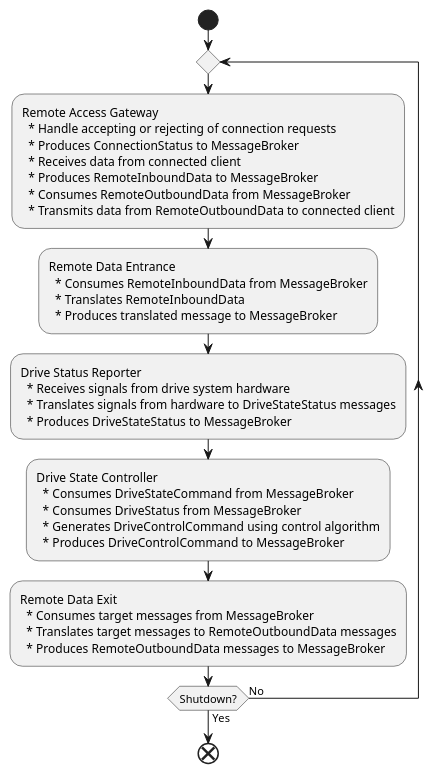
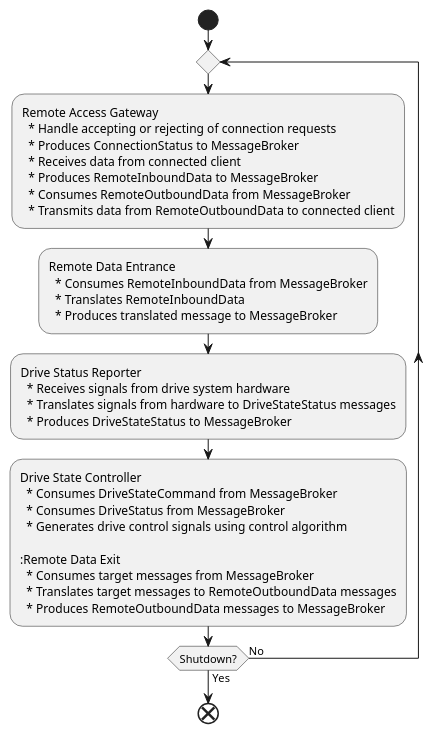
Before and after one commit to The-Arkitekt/the-robot: the diagram in design/service-flow.puml, drawn with PlantUML. The commit also changed 29 other files, not shown here.

```diff
--- a/design/service-flow.puml
+++ b/design/service-flow.puml
@@ -1,39 +1,38 @@
 @startuml
 
 start
 
 repeat
 :Remote Access Gateway
   * Handle accepting or rejecting of connection requests
   * Produces ConnectionStatus to MessageBroker
   * Receives data from connected client
   * Produces RemoteInboundData to MessageBroker
   * Consumes RemoteOutboundData from MessageBroker
   * Transmits data from RemoteOutboundData to connected client; 
 
 :Remote Data Entrance
   * Consumes RemoteInboundData from MessageBroker
   * Translates RemoteInboundData
   * Produces translated message to MessageBroker;
 
 :Drive Status Reporter
   * Receives signals from drive system hardware
   * Translates signals from hardware to DriveStateStatus messages
   * Produces DriveStateStatus to MessageBroker;
 
 :Drive State Controller
   * Consumes DriveStateCommand from MessageBroker
   * Consumes DriveStatus from MessageBroker
-  * Generates DriveControlCommand using control algorithm
-  * Produces DriveControlCommand to MessageBroker;
+  * Generates drive control signals using control algorithm
 
 :Remote Data Exit
   * Consumes target messages from MessageBroker
   * Translates target messages to RemoteOutboundData messages
   * Produces RemoteOutboundData messages to MessageBroker;
 
 repeat while (Shutdown?) is (No) not (Yes)
 
 end
 
 @enduml
```
